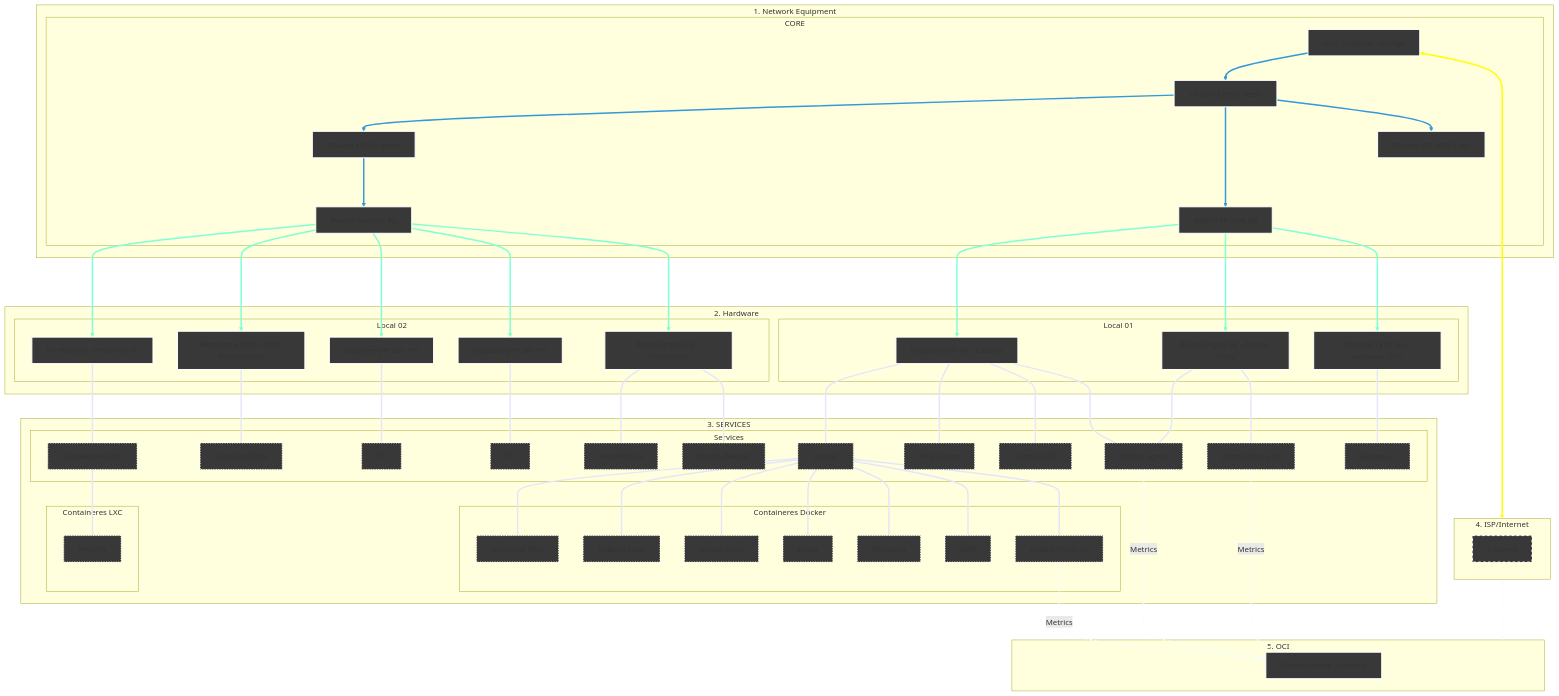
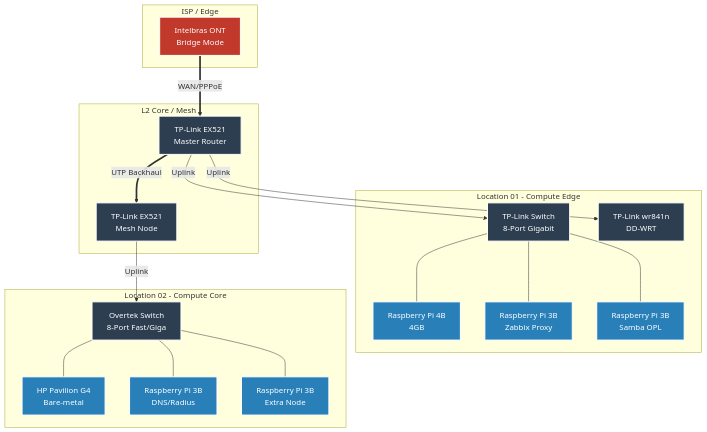
Before and after one commit to kevindexter22/Dr-Hardware-Autonet: the first of 2 diagrams in Infrastructure/README.en.md, drawn with Mermaid. The commit also changed other lines of this file, not shown here.

Commit message:
Update README with topology diagrams
Added L1-L2 and L3-L7 diagrams to README for infrastructure topology.

````diff
--- a/Infrastructure/README.en.md
+++ b/Infrastructure/README.en.md
@@ -16,95 +18,46 @@
 ```mermaid
+
 graph TD
-    %% Styles
-    classDef network fill:#383838,stroke:#FFFFFF,stroke-width:2px;
-    classDef hardware fill:#383838,stroke:#FFFFFF,stroke-width:2px;
-    classDef internet fill:#383838,stroke:#FFFFFF,stroke-width:2px,stroke-dasharray: 5 5;
-    classDef services fill:#383838,stroke:#FFFFFF,stroke-width:2px, stroke-dasharray: 2 3;
-    classDef oci fill:#383838,stroke:#FFFFFF,stroke-width:2px;
-
-    %% 1. NETWORK EQUIPMENT
-    subgraph Principal["1. Network Equipment"]
-    subgraph S1 [CORE]
-        ONT[ONT Intelbras - Bridge]:::network --> R_Mesh1[TP-Link EX521 Mesh]:::network
-        R_Mesh1 --> R_Mesh2[TP-Link EX521 Mesh]:::network
-        R_Mesh1 --> SW1[Switch TP-Link 8p]:::network
-        R_Mesh1 --> R_Cams[TP-Link DD-WRT Cam]:::network
-        R_Mesh2 ---> SW2[Switch Overtek 8p]:::network  
-    end
-    end
+    %% L1/L2 Style Classes
+    classDef firewall fill:#c0392b,stroke:#FFFFFF,stroke-width:2px,color:#fff;
+    classDef network fill:#2c3e50,stroke:#FFFFFF,stroke-width:2px,color:#fff;
+    classDef compute fill:#2980b9,stroke:#FFFFFF,stroke-width:2px,color:#fff;
     
-    %% 2. HARDWARE
-    subgraph Principal02["2. Hardware"]
-    subgraph S2 [Local 01]
-        SW1 ---> RPi4B[Raspberry Pi 4B - CasaOS]:::hardware
-        SW1 ---> RPi3B_2[Raspberry Pi 3B - Zabbix Proxy]:::hardware
-        SW1 ---> RPi3B_1[Raspberry Pi 3B - Arquivos_OPL]:::hardware
-    end
-    subgraph S3 [Local 02]
-        SW2 ---> HP[HP Pavilion - Proxmox VE]:::hardware
-        SW2 ---> RPi3B_4[Raspberry Pi 3B - DNS Redundância]:::hardware
-        SW2 ---> RPi3B_5[Raspberry Pi 3B - ???]:::hardware
-        SW2 ---> RPi3B_6[Raspberry Pi 3B - ???]:::hardware
-        SW2 ---> RPi3B_3[Raspberry Pi 3B - FreeRadius]:::hardware
-    end
+    subgraph WAN [ISP / Edge]
+        ONT[Intelbras ONT <br/>Bridge Mode]:::firewall
     end
 
-    %% 3. SERVICES
-    subgraph Principal03["3. SERVICES"]
-    subgraph S4 [Services];
-        HP --- PVE[Containeres LXC]:::services
-        RPi3B_4 --- UNB2[Unbound DNS]:::services
-        RPi3B_5 --- 01[???]:::services
-        RPi3B_6 --- 02[???]:::services
-        RPi3B_3 --- FreeRAD[FreeRADIUS]:::services
-        RPi3B_3 --- BDMSQL[MySQL Master]:::services
-        RPi4B --- Docker[Docker]:::services     
-        RPi4B --- VPN[VPN Server]:::services
-        RPi4B --- SMB2[Samba v2/3]:::services
-        RPi4B --- ZA[Zabbix Agent]:::services
-        RPi3B_2 --- ZA[Zabbix Agent]:::services
-        RPi3B_2 --- ZP01[Zabbix Proxy 01]:::services
-        RPi3B_1 --- SMB1[Samba v1]:::services
-    end
-    subgraph S5 [Containeres LXC];
-        PVE --- FIPA[FreeIPA]:::services
-    end
-    subgraph S6 [Containeres Docker];
-        Docker --- UNB[Unbound DNS]:::services
-        Docker --- TRILLIUM[Trillium Note]:::services
-        Docker --- SIYUAN[SiYuan Note]:::services
-        Docker --- EMBY[Emby]:::services
-        Docker --- MSPEED[MySpeed]:::services
-        Docker --- N8N[N8N]:::services
-        Docker --- ZP02[Zabbix Proxy 02]:::services
-    end
+    subgraph CORE [L2 Core / Mesh]
+        R_Mesh1[TP-Link EX521<br/>Master Router]:::network
+        R_Mesh2[TP-Link EX521<br/>Mesh Node]:::network
+        
+        ONT ==>|WAN/PPPoE| R_Mesh1
+        R_Mesh1 ==>|UTP Backhaul| R_Mesh2
     end
 
-    %% 4. Internet (The Bridge)
-    subgraph S7 [4. ISP/Internet]
-           internet[Internet]:::internet
+    subgraph LOC_01 [Location 01 - Compute Edge]
+        SW1[TP-Link Switch<br/>8-Port Gigabit]:::network
+        R_Cams[TP-Link wr841n<br/>DD-WRT]:::network
+        RPi4B[Raspberry Pi 4B<br/>4GB]:::compute
+        RPi3B_1[Raspberry Pi 3B<br/>Zabbix Proxy]:::compute
+        RPi3B_2[Raspberry Pi 3B<br/>Samba OPL]:::compute
+
+        R_Mesh1 -->|Uplink| SW1
+        R_Mesh1 -->|Uplink| R_Cams
+        SW1 --- RPi4B
+        SW1 --- RPi3B_1
+        SW1 --- RPi3B_2
     end
 
-    %% 5. Oracle Cloud Infrastructure
-    subgraph S8 [5. OCI]
-        ZS[Zabbix Server - Grafana]:::oci
+    subgraph LOC_02 [Location 02 - Compute Core]
+        SW2[Overtek Switch<br/>8-Port Fast/Giga]:::network
+        HP[HP Pavilion G4<br/>Bare-metal]:::compute
+        RPi3B_3[Raspberry Pi 3B<br/>DNS/Radius]:::compute
+        RPi3B_4[Raspberry Pi 3B<br/>Extra Node]:::compute
+
+        R_Mesh2 -->|Uplink| SW2
+        SW2 --- HP
+        SW2 --- RPi3B_3
+        SW2 --- RPi3B_4
     end
-
-    %% Conections of data flow
-    ONT <--> S7
-    S7 <--> S8
-    
-    %% Logical conections
-    ZA -.-> |Metrics| ZS
-    ZP01 -.-> |Metrics| ZS 
-    ZP02 -.-> |Metrics| ZS
-
-    %% --- Set collor on conections ---
-    
-    linkStyle 0,1,2,3,4 stroke:#3498db,stroke-width:3px;
-    linkStyle 5,6,7,8,9,10,11,12 stroke:#7FFFD4,stroke-width:3px;
-    linkStyle 13,14,15,16,17,18,19,20,21,22,23,24,25,26,27,28,29,30,31,32,33 stroke:#E6E6FA,stroke-width:3px;
-    linkStyle 34 stroke:#FFFF00,stroke-width:3px;
-    linkStyle 35,36,37,38 stroke:#F5FFFA,stroke-width:3px,stroke-dasharray: 5 5;
-
 ```
````
